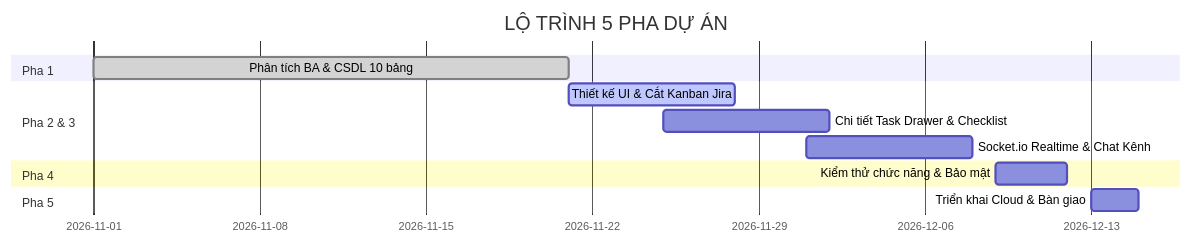
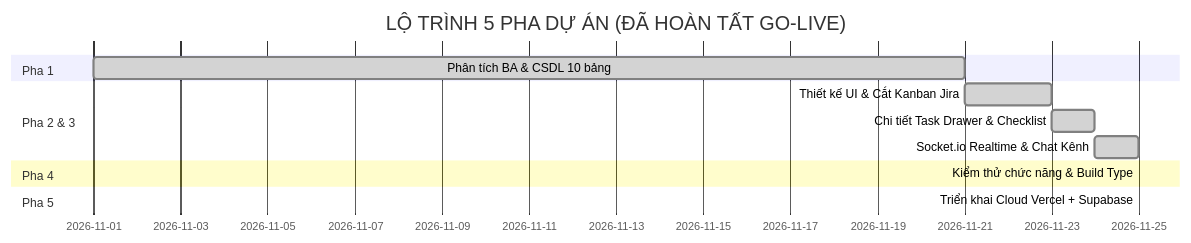
Before and after one commit to HuyDdoox/taskmg: the diagram in docs/tien_do_du_an.md, drawn with Mermaid. The commit also changed other lines of this file and 3 other files, not shown here.

````diff
--- a/docs/tien_do_du_an.md
+++ b/docs/tien_do_du_an.md
@@ -11,15 +11,15 @@
 ```mermaid
 gantt
-    title LỘ TRÌNH 5 PHA DỰ ÁN
+    title LỘ TRÌNH 5 PHA DỰ ÁN (ĐÃ HOÀN TẤT GO-LIVE)
     dateFormat  YYYY-MM-DD
     section Pha 1
     Phân tích BA & CSDL 10 bảng       :done, p1, 2026-11-01, 2026-11-21
     section Pha 2 & 3
-    Thiết kế UI & Cắt Kanban Jira     :active, p2, 2026-11-21, 2026-11-28
-    Chi tiết Task Drawer & Checklist  :p3, 2026-11-25, 2026-12-02
-    Socket.io Realtime & Chat Kênh   :p4, 2026-12-01, 2026-12-08
+    Thiết kế UI & Cắt Kanban Jira     :done, p2, 2026-11-21, 2026-11-23
+    Chi tiết Task Drawer & Checklist  :done, p3, 2026-11-23, 2026-11-24
+    Socket.io Realtime & Chat Kênh   :done, p4, 2026-11-24, 2026-11-25
     section Pha 4
-    Kiểm thử chức năng & Bảo mật      :p5, 2026-12-09, 2026-12-12
+    Kiểm thử chức năng & Build Type   :done, p5, 2026-11-25, 2026-11-25
     section Pha 5
-    Triển khai Cloud & Bàn giao       :p6, 2026-12-13, 2026-12-15
+    Triển khai Cloud Vercel + Supabase:done, p6, 2026-11-25, 2026-11-25
 ```
````
